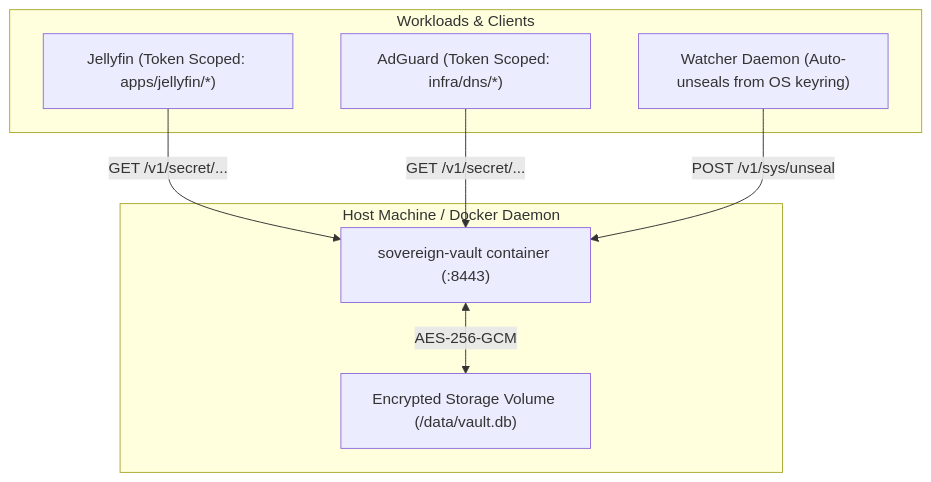
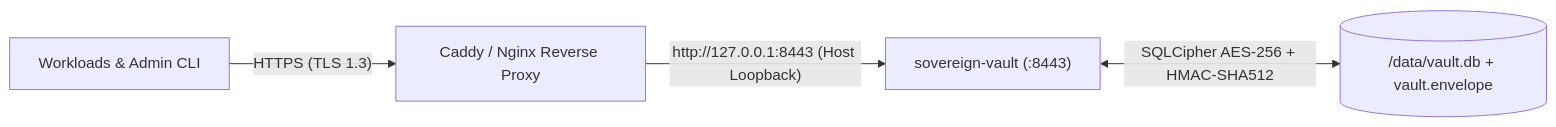
One commit to oakai-security/sovereign-vault changed the diagram in README.md. Above: the diagram before and after it, drawn with Mermaid. The commit also changed other lines of this file and 15 other files, not shown here.

First line of the commit message:
feat(security): harden sovereign-vault v0.2 with SQLCipher, SHA-512 tokens, mlock enclave, and zero-history CLI

````diff
--- a/README.md
+++ b/README.md
@@ -29,18 +39,6 @@
 ```mermaid
-flowchart TD
-    subgraph Host["Host Machine / Docker Daemon"]
-        Vault["sovereign-vault container (:8443)"]
-        Vol["Encrypted Storage Volume (/data/vault.db)"]
-        Vault <-->|AES-256-GCM| Vol
-    end
-
-    subgraph Clients["Workloads & Clients"]
-        ClientA["Jellyfin (Token Scoped: apps/jellyfin/*)"]
-        ClientB["AdGuard (Token Scoped: infra/dns/*)"]
-        Watcher["Watcher Daemon (Auto-unseals from OS keyring)"]
-    end
-
-    ClientA -->|GET /v1/secret/...| Vault
-    ClientB -->|GET /v1/secret/...| Vault
-    Watcher -->|POST /v1/sys/unseal| Vault
+flowchart LR
+    Workload["Workloads & Admin CLI"] -->|"HTTPS (TLS 1.3)"| Proxy["Caddy / Nginx Reverse Proxy"]
+    Proxy -->|"http://127.0.0.1:8443 (Host Loopback)"| Vault["sovereign-vault (:8443)"]
+    Vault <-->|"SQLCipher AES-256 + HMAC-SHA512"| Vol[("/data/vault.db + vault.envelope")]
 ```
````
